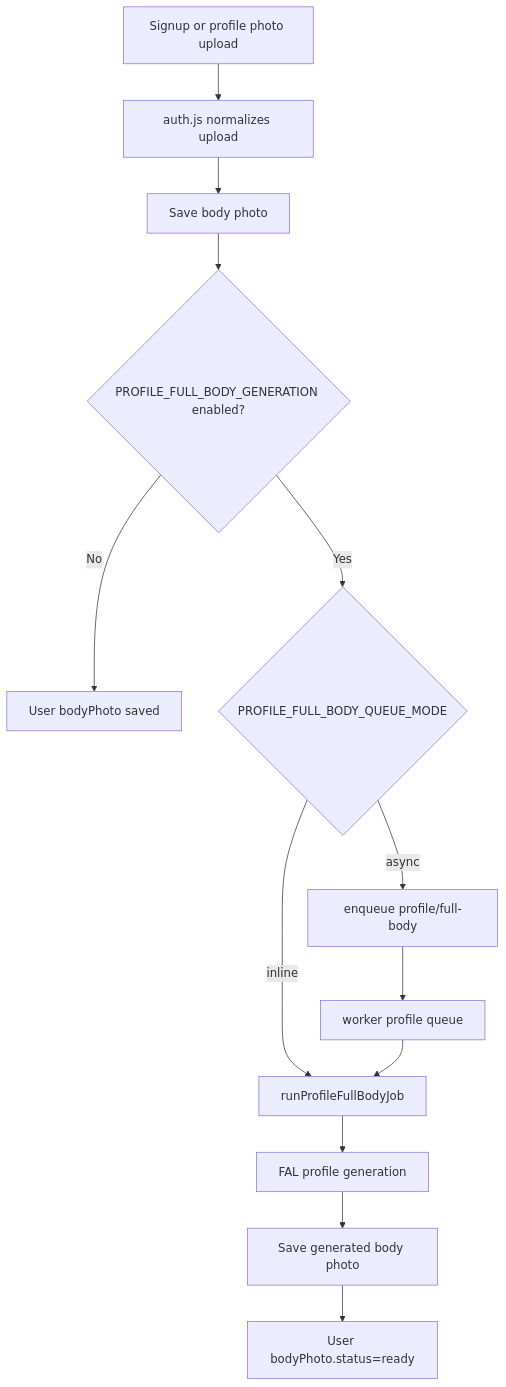
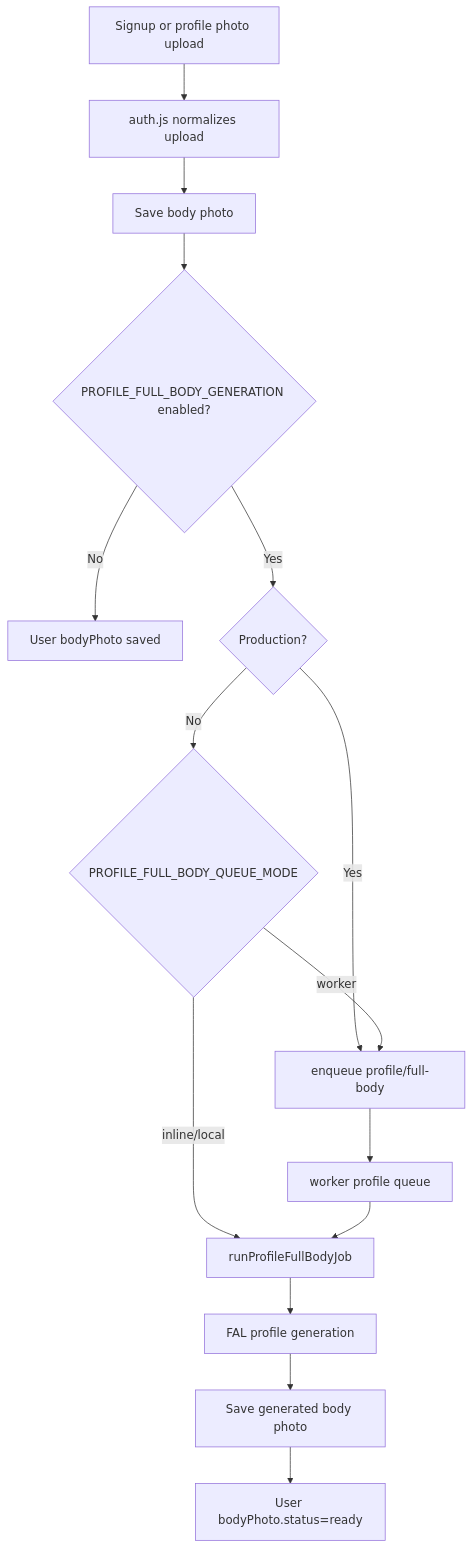
One commit to Office50505/Lookmefy-Unified-Backend changed the fifth of 11 diagrams in docs/LOOKMEFY_ARCHITECTURE_MAP.md. Above: the diagram before and after it, drawn with Mermaid. The commit also changed other lines of this file and 31 other files, not shown here.

````diff
--- a/docs/LOOKMEFY_ARCHITECTURE_MAP.md
+++ b/docs/LOOKMEFY_ARCHITECTURE_MAP.md
@@ -483,15 +483,17 @@
 ```mermaid
 flowchart TD
   Signup[Signup or profile photo upload] --> Upload[auth.js normalizes upload]
   Upload --> SaveOriginal[Save body photo]
   SaveOriginal --> Check{PROFILE_FULL_BODY_GENERATION enabled?}
   Check -->|No| Ready[User bodyPhoto saved]
-  Check -->|Yes| Mode{PROFILE_FULL_BODY_QUEUE_MODE}
-  Mode -->|inline| Generate[runProfileFullBodyJob]
-  Mode -->|async| Queue[enqueue profile/full-body]
+  Check -->|Yes| Env{Production?}
+  Env -->|Yes| Queue[enqueue profile/full-body]
+  Env -->|No| Mode{PROFILE_FULL_BODY_QUEUE_MODE}
+  Mode -->|inline/local| Generate[runProfileFullBodyJob]
+  Mode -->|worker| Queue
   Queue --> Worker[worker profile queue]
   Worker --> Generate
   Generate --> FalProfile[FAL profile generation]
   FalProfile --> SaveGenerated[Save generated body photo]
   SaveGenerated --> UserReady[User bodyPhoto.status=ready]
 ```
````
